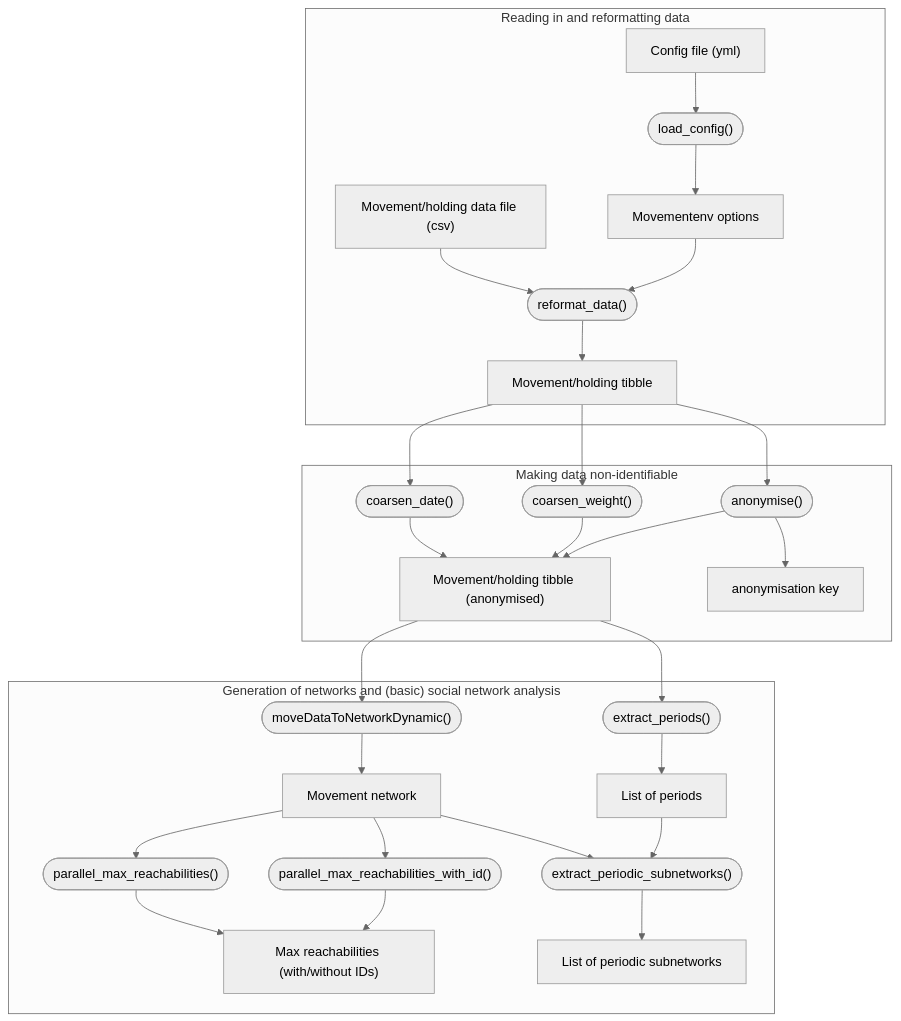
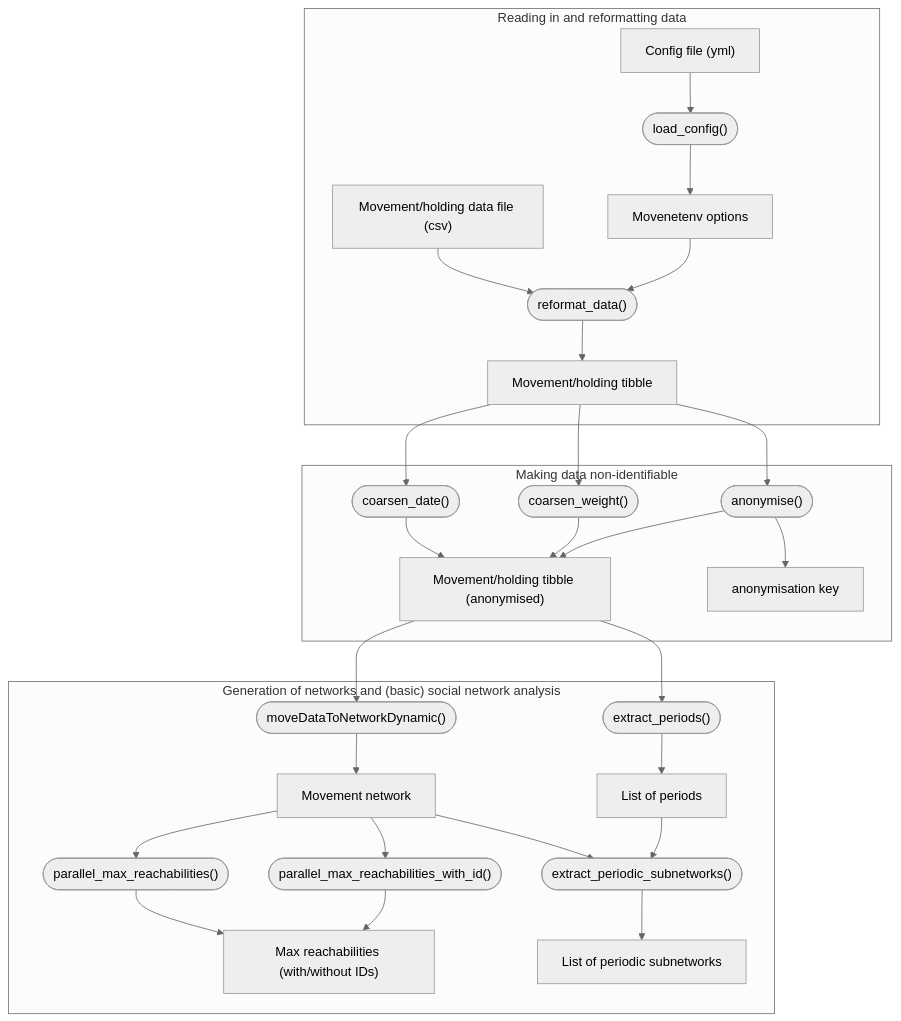
One commit to digivet-consortium/movenet changed the diagram in man/figures/readme-flowchart.mmd. Above: the diagram before and after it, drawn with Mermaid.

Commit message:
Update readme-flowchart.mmd
Just fixed a typo (movenetenv , not movementenv)

```diff
--- a/man/figures/readme-flowchart.mmd
+++ b/man/figures/readme-flowchart.mmd
@@ -1,25 +1,25 @@
 %%{init: {'theme':'neutral'}}%%
 flowchart TD
     subgraph reformat ["Reading in and reformatting data"]
     CSV["Movement/holding data file (csv)"]
     CSV-->REFORMAT(["reformat_data()"])
     YML["Config file (yml)"]
-    YML --> CFG(["load_config()"]) --> ENV[Movementenv options]
+    YML --> CFG(["load_config()"]) --> ENV[Movenetenv options]
     ENV --> REFORMAT
     REFORMAT --> TBL["Movement/holding tibble"]
     end
     subgraph anonymisation ["Making data non-identifiable"]
     TBL --> CDT(["coarsen_date()"]) --> ATBL["Movement/holding tibble (anonymised)"]
     TBL --> CWT(["coarsen_weight()"]) --> ATBL
     TBL --> ANON(["anonymise()"]) --> ATBL
     ANON --> ANONKEY["anonymisation key"]
     end
     subgraph net ["Generation of networks and (basic) social network analysis"]
     ATBL --> MKNET(["moveDataToNetworkDynamic()"])
     MKNET --> NET[Movement network]
     NET --> PMR(["parallel_max_reachabilities()"]) --> MR["Max reachabilities (with/without IDs)"]
     NET --> PMRID(["parallel_max_reachabilities_with_id()"]) --> MR
     ATBL --> EXPER(["extract_periods()"]) --> PER["List of periods"]
     NET --> EXPSN(["extract_periodic_subnetworks()"]) --> PSN["List of periodic subnetworks"]
     PER --> EXPSN
     end
```
